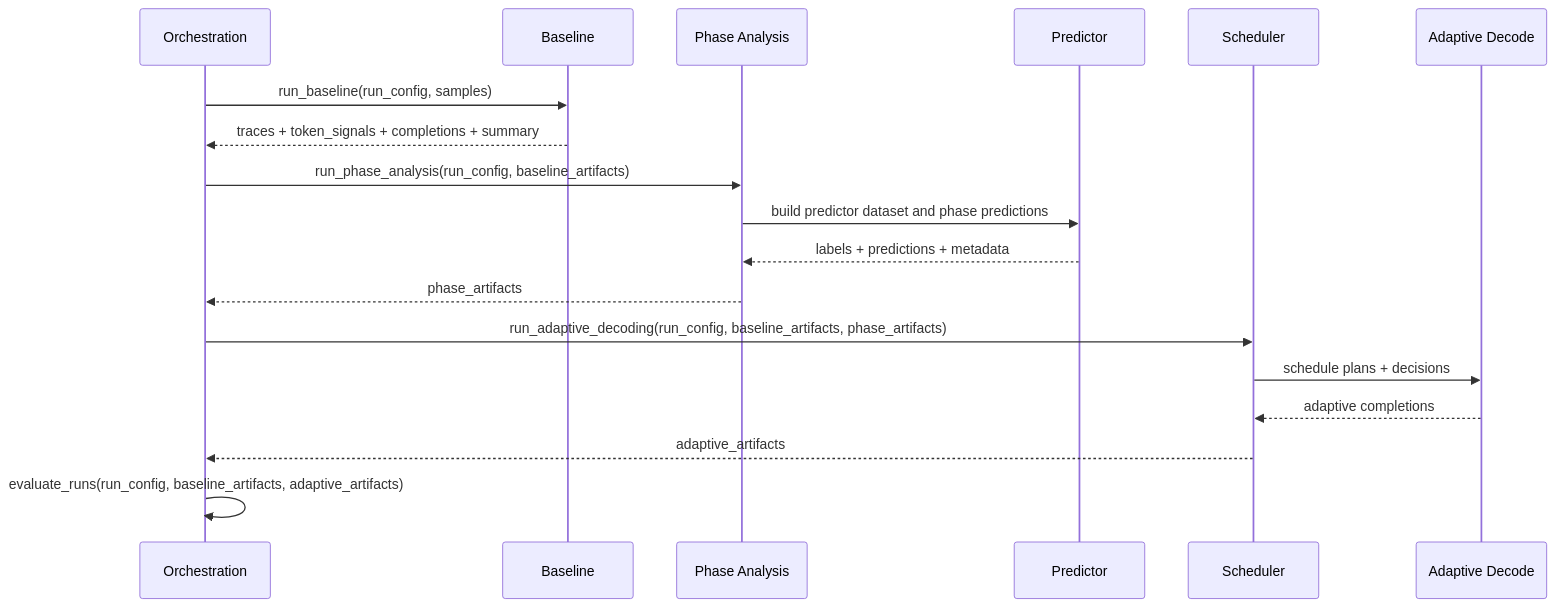
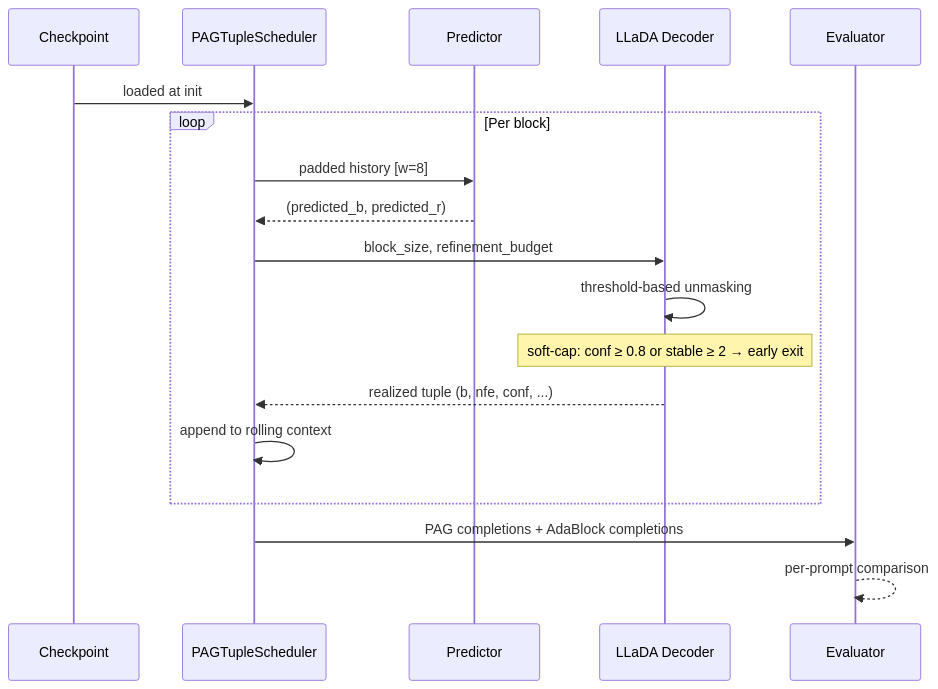
One commit to k-keshav-k/Phase-Assisted-Generation changed the third of 3 diagrams in docs/architecture.md. Above: the diagram before and after it, drawn with Mermaid. The commit also changed other lines of this file and 79 other files, not shown here.

First line of the commit message:
Rewrite System Overview with two-track architecture diagram and expand Token-Level CPD Analysis with PELT math

````diff
--- a/docs/architecture.md
+++ b/docs/architecture.md
@@ -28,21 +46,21 @@
 ```mermaid
 sequenceDiagram
-    participant O as Orchestration
-    participant B as Baseline
-    participant PA as Phase Analysis
+    participant CK as Checkpoint
+    participant PS as PAGTupleScheduler
     participant PR as Predictor
-    participant S as Scheduler
-    participant AD as Adaptive Decode
+    participant LD as LLaDA Decoder
+    participant EV as Evaluator
 
-    O->>B: run_baseline(run_config, samples)
-    B-->>O: traces + token_signals + completions + summary
-    O->>PA: run_phase_analysis(run_config, baseline_artifacts)
-    PA->>PR: build predictor dataset and phase predictions
-    PR-->>PA: labels + predictions + metadata
-    PA-->>O: phase_artifacts
-    O->>S: run_adaptive_decoding(run_config, baseline_artifacts, phase_artifacts)
-    S->>AD: schedule plans + decisions
-    AD-->>S: adaptive completions
-    S-->>O: adaptive_artifacts
-    O->>O: evaluate_runs(run_config, baseline_artifacts, adaptive_artifacts)
+    CK->>PS: loaded at init
+    loop Per block
+        PS->>PR: padded history [w=8]
+        PR-->>PS: (predicted_b, predicted_r)
+        PS->>LD: block_size, refinement_budget
+        LD->>LD: threshold-based unmasking
+        Note over LD: soft-cap: conf ≥ 0.8 or stable ≥ 2 → early exit
+        LD-->>PS: realized tuple (b, nfe, conf, ...)
+        PS->>PS: append to rolling context
+    end
+    PS->>EV: PAG completions + AdaBlock completions
+    EV-->>EV: per-prompt comparison
 ```
````
